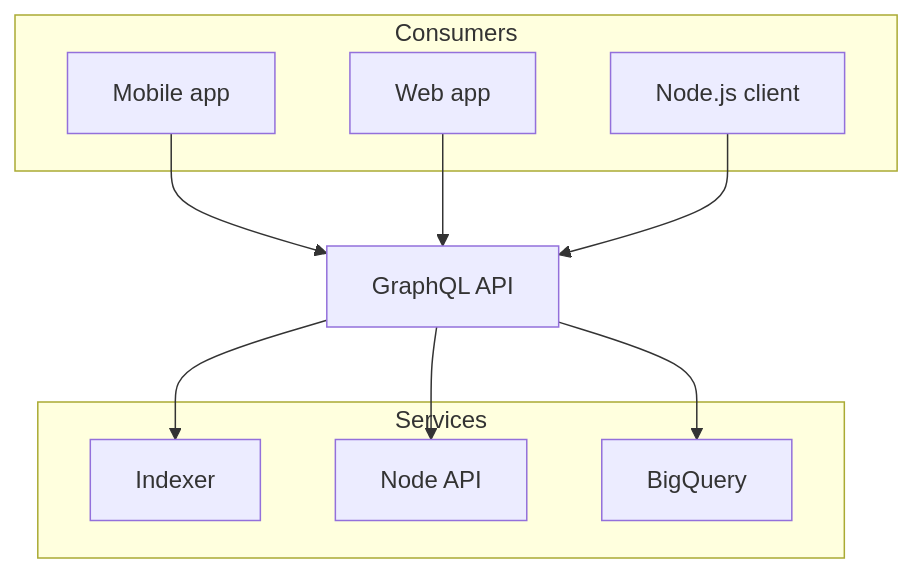
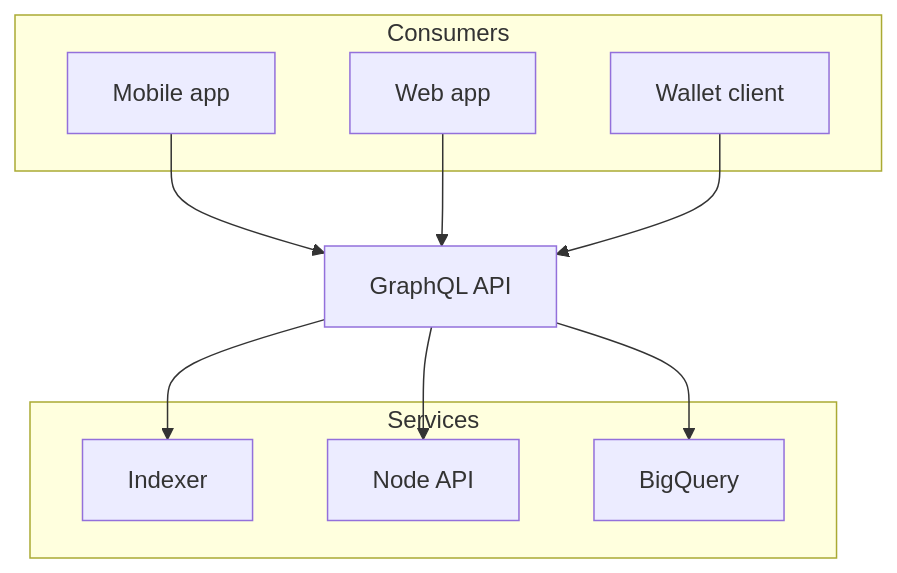
Before and after one commit to aptos-labs/nextra: the diagram in apps/aptos-swr-site/pages/en/docs/components/mermaid.mdx, drawn with Mermaid. The commit also changed 8 other files, not shown here.

````diff
--- a/apps/aptos-swr-site/pages/en/docs/components/mermaid.mdx
+++ b/apps/aptos-swr-site/pages/en/docs/components/mermaid.mdx
@@ -11,20 +11,20 @@
 ```mermaid
 graph TD;
 subgraph AA [Consumers]
 A[Mobile app];
 B[Web app];
-C[Node.js client];
+C[Wallet client];
 end
 subgraph BB [Services]
 E[Indexer];
 F[Node API];
 G[BigQuery];
 end
 Z[GraphQL API];
 A --> Z;
 B --> Z;
 C --> Z;
 Z --> E;
 Z --> F;
 Z --> G;
 ```
````
